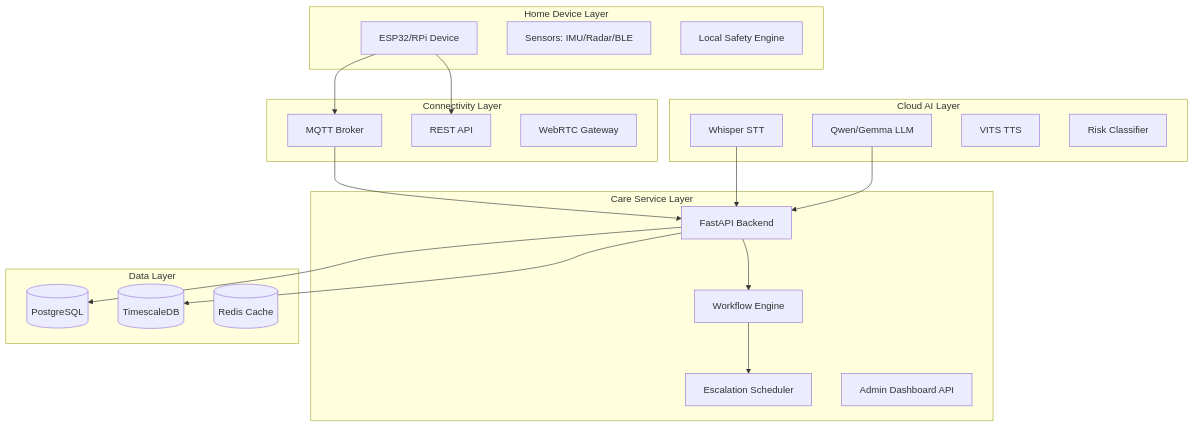
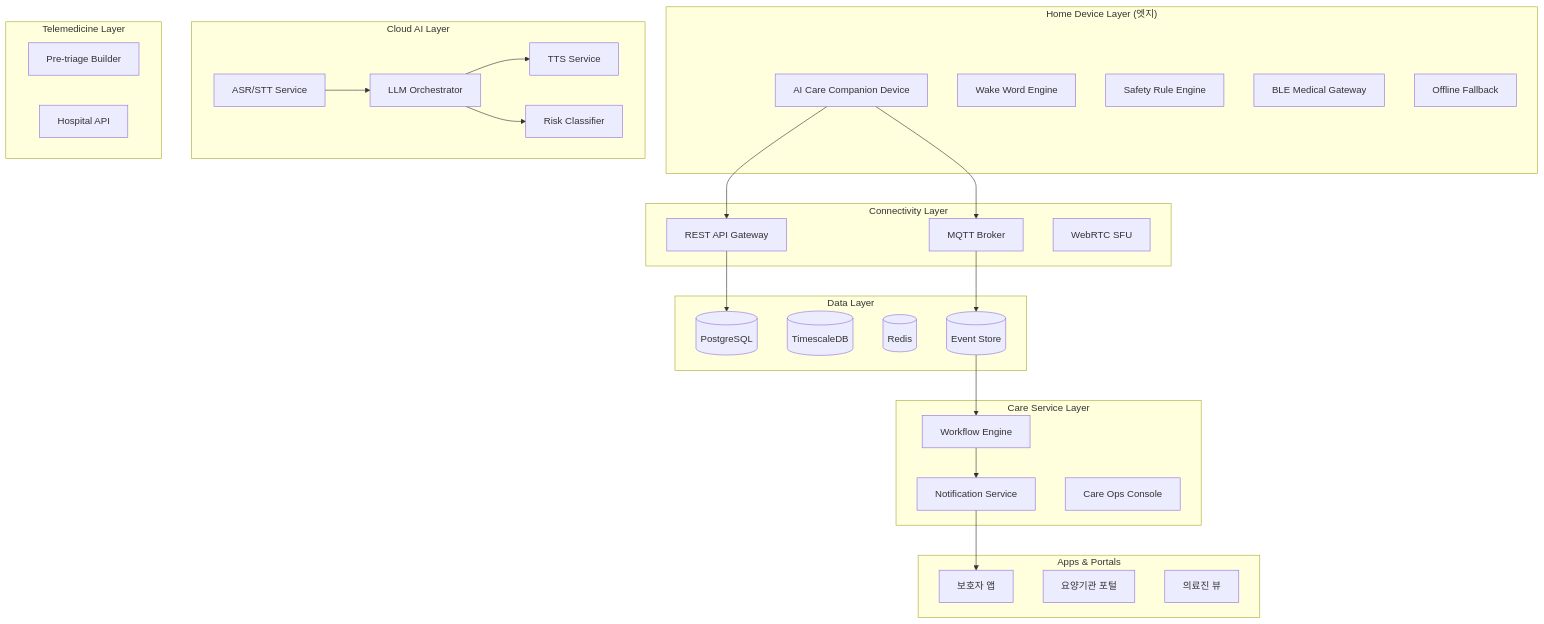
Before and after one commit to futurianh1k/aiboocare: the first of 2 diagrams in .cursor/plans/ai_care_companion_개발계획.md, drawn with Mermaid. The commit also changed other lines of this file and 67 other files, not shown here.

````diff
--- a/.cursor/plans/ai_care_companion_개발계획.md
+++ b/.cursor/plans/ai_care_companion_개발계획.md
@@ -42,44 +59,57 @@
 ```mermaid
 flowchart TB
-    subgraph edge [Home Device Layer]
-        Device[ESP32/RPi Device]
-        Sensors[Sensors: IMU/Radar/BLE]
-        LocalAI[Local Safety Engine]
+    subgraph HOME["Home Device Layer (엣지)"]
+        Device[AI Care Companion Device]
+        WakeWord[Wake Word Engine]
+        SafetyRule[Safety Rule Engine]
+        BLEGateway[BLE Medical Gateway]
+        OfflineFallback[Offline Fallback]
     end
     
-    subgraph connectivity [Connectivity Layer]
+    subgraph CONN["Connectivity Layer"]
         MQTT[MQTT Broker]
-        REST[REST API]
-        WebRTC[WebRTC Gateway]
+        REST[REST API Gateway]
+        WebRTC[WebRTC SFU]
     end
     
-    subgraph cloud [Cloud AI Layer]
-        STT[Whisper STT]
-        LLM[Qwen/Gemma LLM]
-        TTS[VITS TTS]
+    subgraph CLOUD["Cloud AI Layer"]
+        ASR[ASR/STT Service]
+        LLM[LLM Orchestrator]
+        TTS[TTS Service]
         RiskClassifier[Risk Classifier]
     end
     
-    subgraph care [Care Service Layer]
-        FastAPI[FastAPI Backend]
-        WorkflowEngine[Workflow Engine]
-        EscalationScheduler[Escalation Scheduler]
-        Dashboard[Admin Dashboard API]
+    subgraph DATA["Data Layer"]
+        PostgreSQL[(PostgreSQL)]
+        TimescaleDB[(TimescaleDB)]
+        Redis[(Redis)]
+        EventStore[(Event Store)]
     end
     
-    subgraph data [Data Layer]
-        PostgreSQL[(PostgreSQL)]
-        TimescaleDB[(TimescaleDB)]
-        Redis[(Redis Cache)]
+    subgraph CARE["Care Service Layer"]
+        WorkflowEngine[Workflow Engine]
+        NotificationService[Notification Service]
+        CareOpsConsole[Care Ops Console]
+    end
+    
+    subgraph APPS["Apps & Portals"]
+        GuardianApp[보호자 앱]
+        AdminPortal[요양기관 포털]
+        DoctorView[의료진 뷰]
+    end
+    
+    subgraph TELE["Telemedicine Layer"]
+        PreTriage[Pre-triage Builder]
+        HospitalAPI[Hospital API]
     end
     
     Device --> MQTT
     Device --> REST
-    MQTT --> FastAPI
-    FastAPI --> WorkflowEngine
-    WorkflowEngine --> EscalationScheduler
-    FastAPI --> PostgreSQL
-    FastAPI --> TimescaleDB
-    STT --> FastAPI
-    LLM --> FastAPI
+    MQTT --> EventStore
+    REST --> PostgreSQL
+    ASR --> LLM --> TTS
+    LLM --> RiskClassifier
+    EventStore --> WorkflowEngine
+    WorkflowEngine --> NotificationService
+    NotificationService --> GuardianApp
 ```
````
